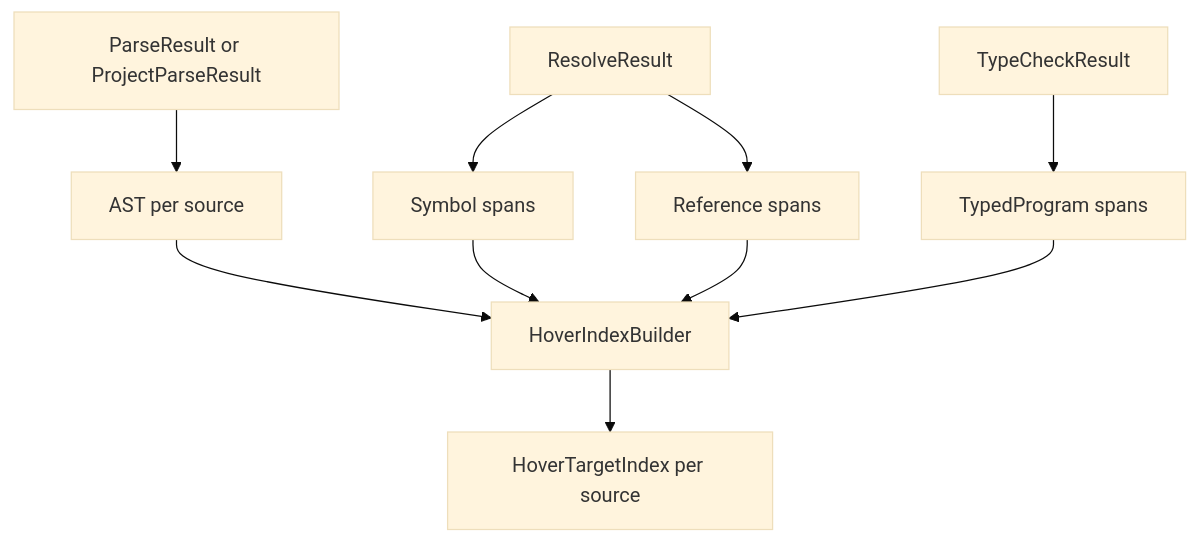
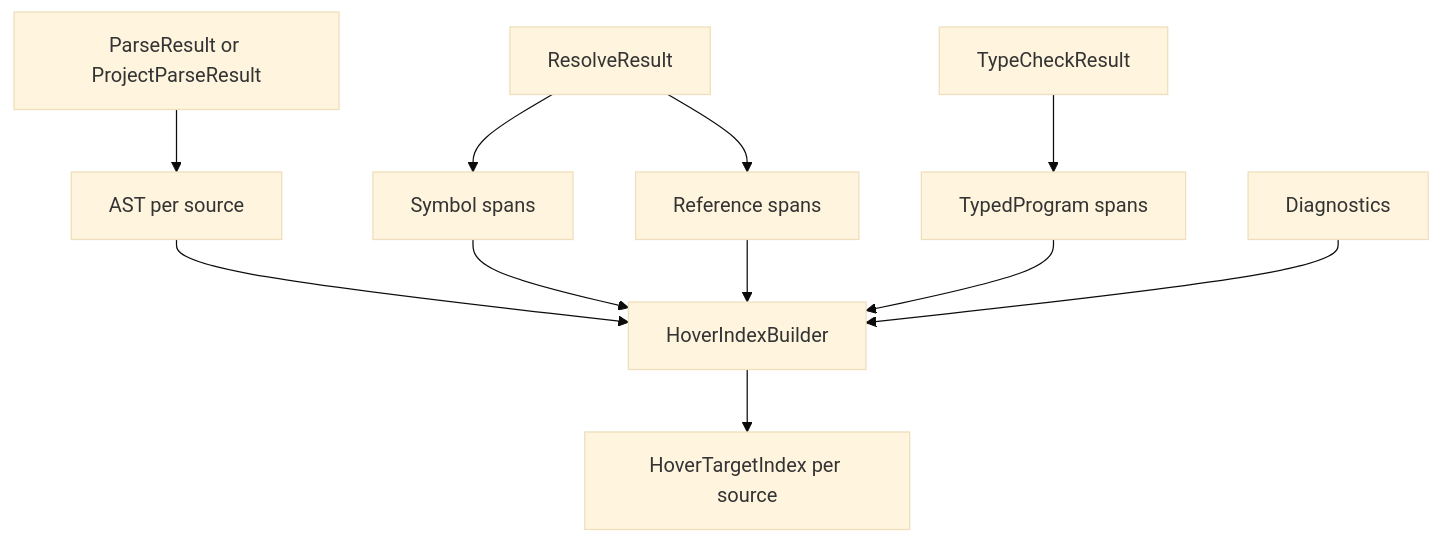
One commit to Zzzode/AHFL changed the second of 3 diagrams in docs/design/lsp-hover-architecture-v0.1.zh.md. Above: the diagram before and after it, drawn with Mermaid (base theme). The commit also changed other lines of this file, not shown here.

First line of the commit message:
docs(lsp): document hover architecture

````diff
--- a/docs/design/lsp-hover-architecture-v0.1.zh.md
+++ b/docs/design/lsp-hover-architecture-v0.1.zh.md
@@ -330,12 +333,13 @@
 ```mermaid
 flowchart TD
     Parse[ParseResult or ProjectParseResult] --> AST[AST per source]
     Resolve[ResolveResult] --> Symbols[Symbol spans]
     Resolve --> References[Reference spans]
     Typecheck[TypeCheckResult] --> Typed[TypedProgram spans]
     AST --> IndexBuilder[HoverIndexBuilder]
     Symbols --> IndexBuilder
     References --> IndexBuilder
     Typed --> IndexBuilder
+    Diagnostics[Diagnostics] --> IndexBuilder
     IndexBuilder --> HoverIndex[HoverTargetIndex per source]
 ```
````
